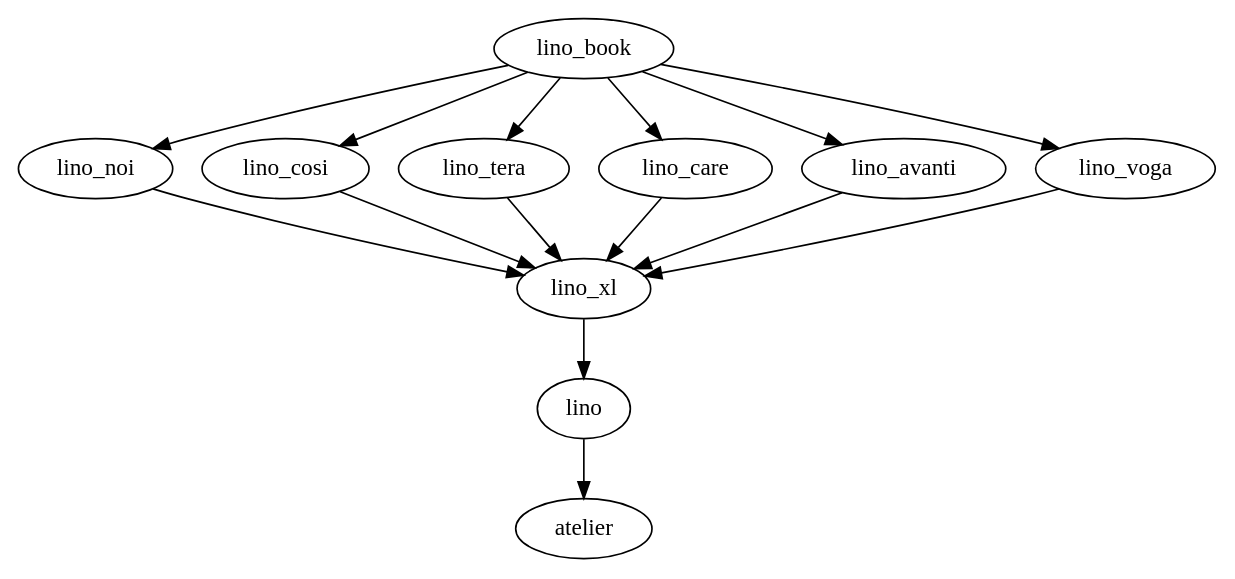
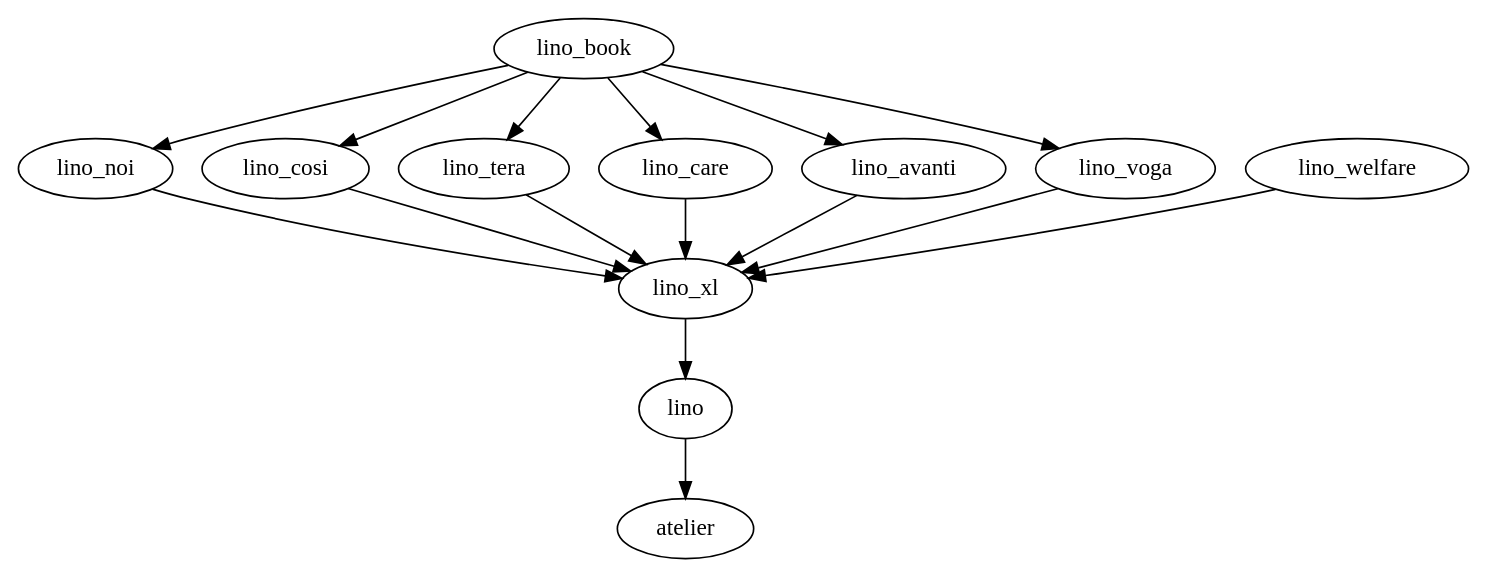
One commit to lino-framework/book changed the diagram in docs/dev/overview.rst. Above: the diagram before and after it, drawn with Graphviz. The commit also changed other lines of this file and 10 other files, not shown here.

```diff
--- a/docs/dev/overview.rst
+++ b/docs/dev/overview.rst
@@ -45,74 +60,75 @@
 .. graphviz::
 
    digraph foo {
 
     /**
     {
        node [shape=plaintext, fontsize=16];
        documentation ->
        "independent applications" ->
        applications -> framework -> utilities;
     }
    
     { rank = same;
         applications;
         lino_noi;
         lino_cosi;
         lino_tera;
         lino_care;
         lino_avanti;
     }
     
     { rank = same;
         utilities;
         atelier;
         commondata;
     }
 
     { rank = same;
         documentation;
         lino_book;
     }
 
     { rank = same;
         "independent applications";
         lino_voga;
         lino_welfare;
     }
     **/
 
     /**
 
     { rank = same;
         framework;
         lino;
         lino_xl;
     }
 
     **/
 
     lino -> atelier;
     lino_xl -> lino;
     lino_noi -> lino_xl; 
     lino_cosi -> lino_xl; 
     lino_tera -> lino_xl;
     lino_care -> lino_xl;
     lino_avanti -> lino_xl;
     lino_voga -> lino_xl;
+    lino_welfare -> lino_xl;
     
     lino_book -> lino_noi; 
     lino_book -> lino_cosi; 
     lino_book -> lino_voga; 
     lino_book -> lino_tera; 
     lino_book -> lino_care; 
     lino_book -> lino_avanti; 
 
     /**
     
     commondata -> atelier;
     lino_book -> commondata;
     
     lino_voga -> lino_cosi;
     lino_welfare -> lino_cosi;
     **/
    }
```
